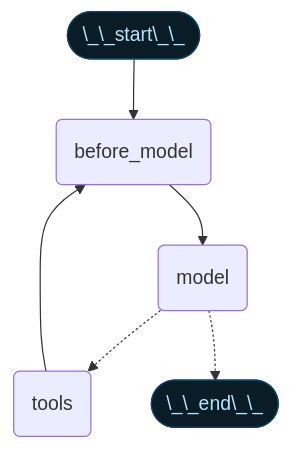
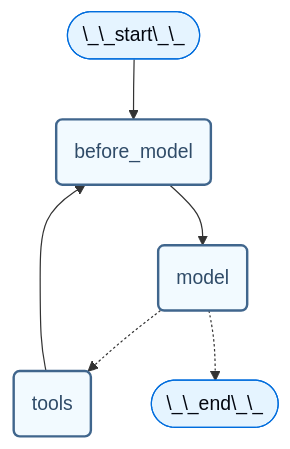
Before and after one commit to olorehq/olore: the first of 2 diagrams in vault/packages/langchain/latest/contents/langchain/short-term-memory.mdx, drawn with Mermaid. The commit also changed other lines of this file and 14210 other files, not shown here.

````diff
--- a/vault/packages/langchain/latest/contents/langchain/short-term-memory.mdx
+++ b/vault/packages/langchain/latest/contents/langchain/short-term-memory.mdx
@@ -947,25 +955,26 @@
 ```mermaid
 %%{
     init: {
         "fontFamily": "monospace",
         "flowchart": {
         "curve": "basis"
-        },
-        "themeVariables": {"edgeLabelBackground": "transparent"}
+        }
     }
 }%%
 graph TD
     S(["\_\_start\_\_"])
     PRE(before_model)
     MODEL(model)
     TOOLS(tools)
     END(["\_\_end\_\_"])
     S --> PRE
     PRE --> MODEL
     MODEL -.-> TOOLS
     MODEL -.-> END
     TOOLS --> PRE
-    classDef blueHighlight fill:#0a1c25,stroke:#0a455f,color:#bae6fd;
+    classDef blueHighlight fill:#E5F4FF,stroke:#006DDD,color:#030710;
+    classDef neutral fill:#F2FAFF,stroke:#40668D,stroke-width:2px,color:#2F4B68;
     class S blueHighlight;
     class END blueHighlight;
+    class PRE,MODEL,TOOLS neutral;
 ```
````
